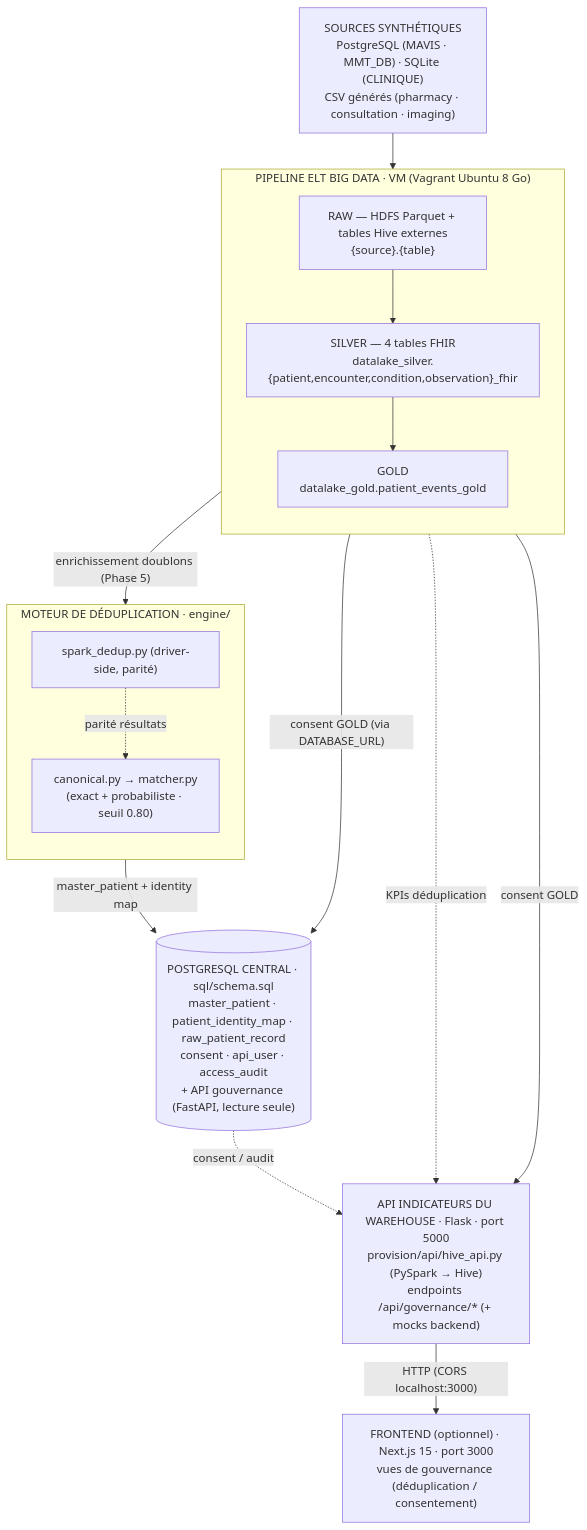
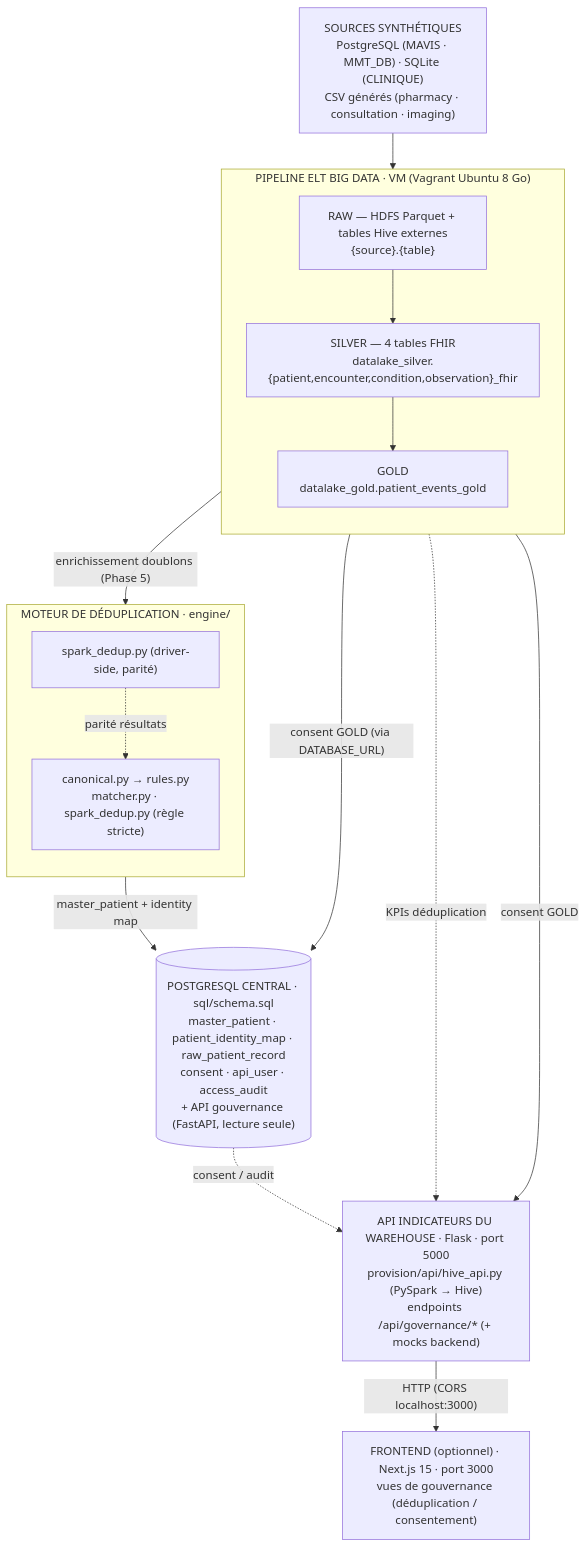
Before and after one commit to Alphamanjaka/test-big-data: the first of 2 diagrams in documents/documentation/architecture.md, drawn with Mermaid. The commit also changed other lines of this file and 27 other files, not shown here.

````diff
--- a/documents/documentation/architecture.md
+++ b/documents/documentation/architecture.md
@@ -12,34 +12,34 @@
 ```mermaid
 flowchart TB
     SRC["SOURCES SYNTHÉTIQUES<br/>PostgreSQL (MAVIS · MMT_DB) · SQLite (CLINIQUE)<br/>CSV générés (pharmacy · consultation · imaging)"]
 
     subgraph VM["PIPELINE ELT BIG DATA · VM (Vagrant Ubuntu 8 Go)"]
         direction TB
         RAW["RAW — HDFS Parquet + tables Hive externes<br/>{source}.{table}"]
         SIL["SILVER — 4 tables FHIR<br/>datalake_silver.{patient,encounter,condition,observation}_fhir"]
         GOLD["GOLD<br/>datalake_gold.patient_events_gold"]
         RAW --> SIL --> GOLD
     end
 
     subgraph ENG["MOTEUR DE DÉDUPLICATION · engine/"]
         direction TB
-        CAN["canonical.py → matcher.py<br/>(exact + probabiliste · seuil 0.80)"]
+        CAN["canonical.py → rules.py<br/>matcher.py · spark_dedup.py (règle stricte)"]
         SPK["spark_dedup.py (driver-side, parité)"]
     end
 
     PG[("POSTGRESQL CENTRAL · sql/schema.sql<br/>master_patient · patient_identity_map · raw_patient_record<br/>consent · api_user · access_audit<br/>+ API gouvernance (FastAPI, lecture seule)")]
 
     API["API INDICATEURS DU WAREHOUSE · Flask · port 5000<br/>provision/api/hive_api.py (PySpark → Hive)<br/>endpoints /api/governance/* (+ mocks backend)"]
     FRONT["FRONTEND (optionnel) · Next.js 15 · port 3000<br/>vues de gouvernance (déduplication / consentement)"]
 
     SRC --> RAW
     SIL -->|"enrichissement doublons (Phase 5)"| CAN
     CAN -->|"master_patient + identity map"| PG
     GOLD -->|"consent GOLD (via DATABASE_URL)"| PG
     SIL -.->|"KPIs déduplication"| API
     GOLD -->|"consent GOLD"| API
     PG -.->|"consent / audit"| API
     API -->|"HTTP (CORS localhost:3000)"| FRONT
 
     SPK -.->|"parité résultats"| CAN
 ```
````
